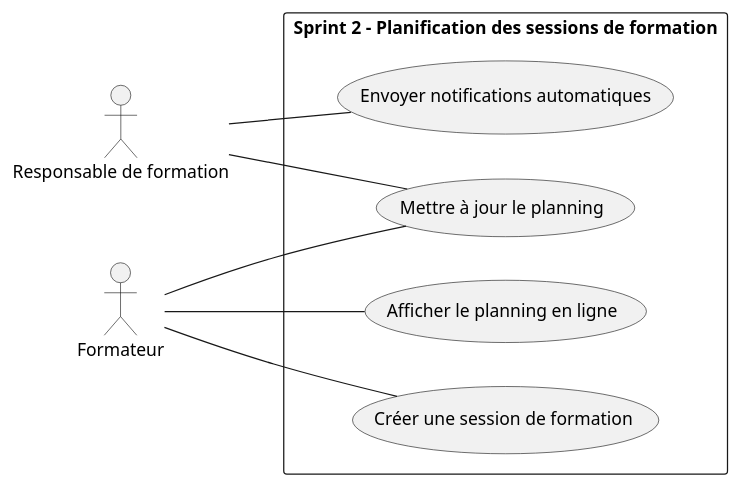
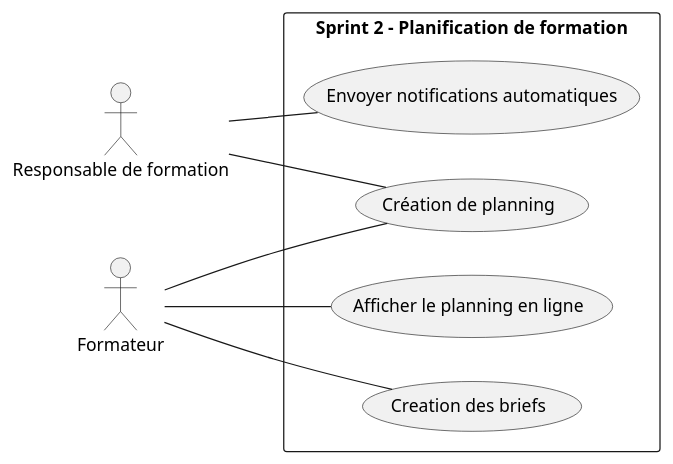
One commit to ZOUBAIRDouae/Projet_Fil_Rouge changed the diagram in BrancheFonctionnelle/usecase_sprint2.pu. Above: the diagram before and after it, drawn with PlantUML. The commit also changed 313 other files, not shown here.

```diff
--- a/BrancheFonctionnelle/usecase_sprint2.pu
+++ b/BrancheFonctionnelle/usecase_sprint2.pu
@@ -1,29 +1,29 @@
 @startuml
 left to right direction
 
 actor "Responsable de formation" as Admin
 actor "Formateur" as Formateur
 
 
 ' Sprint 2
-rectangle "Sprint 2 - Planification des sessions de formation" {
+rectangle "Sprint 2 - Planification de formation" {
 
-    usecase "Mettre à jour le planning" as UC2
+    usecase "Création de planning" as UC2
     usecase "Envoyer notifications automatiques" as UC3
     usecase "Afficher le planning en ligne" as UC4
-    usecase "Créer une session de formation" as UC5
+    usecase "Creation des briefs" as UC5
 }
 
 
 
 ' Relations Sprint 2
 Admin -- UC2
 Admin -- UC3
 
 Formateur -- UC2
 Formateur -- UC4
 Formateur -- UC5
 
 
 
 @enduml
```
